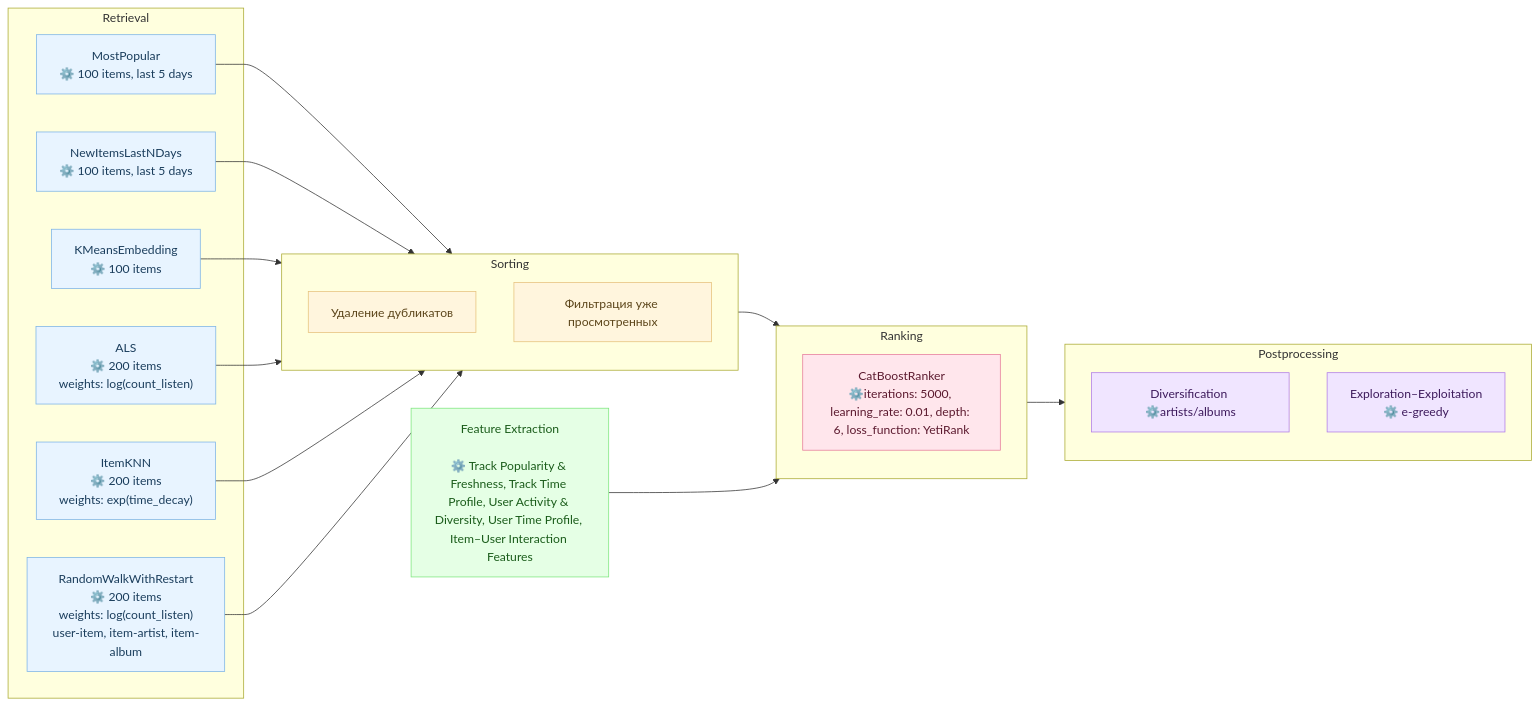
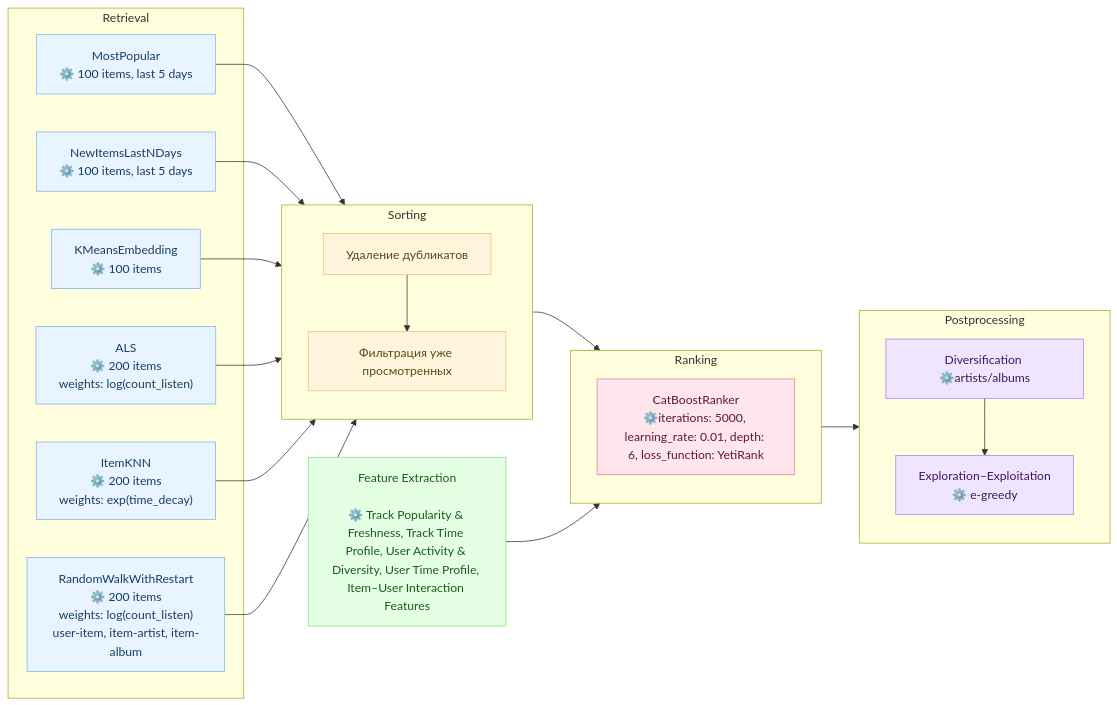
The second of 2 diagrams in README.md (Nastasy822/music-recommendation-experiments), drawn with Mermaid before and after one commit.

Commit message:
docs(readme): update diagram

````diff
--- a/README.md
+++ b/README.md
@@ -180,59 +180,61 @@
 ```mermaid
 flowchart LR
     %% === Retrieval Models ===
     subgraph RETRIEVAL ["Retrieval"]
         PopAll["MostPopular<br/>⚙️ 100 items, last 5 days"]
         PopUser["NewItemsLastNDays<br/>⚙️ 100 items, last 5 days"]
         SIM["KMeansEmbedding<br/>⚙️ 100 items"]
         ITEMKNN["ItemKNN<br/>⚙️ 200 items<br/>weights: exp(time_decay)"]
         GRAPH["RandomWalkWithRestart<br/>⚙️ 200 items<br/>weights: log(count_listen)<br/>user-item, item-artist, item-album"]
         ALS["ALS<br/>⚙️ 200 items<br/>weights: log(count_listen)"]
     end
 
     %% === Sorting Stage ===
     subgraph SORTING ["Sorting"]
         direction TB
         DUBLICATE["Удаление дубликатов"]
         FILTER["Фильтрация уже просмотренных"]
+        DUBLICATE --> FILTER
     end
 
     %% === Ranking Stage ===
     subgraph RANKING ["Ranking"]
         RANK["CatBoostRanker<br/>⚙️iterations: 5000, learning_rate: 0.01, depth: 6, loss_function: YetiRank"]
     end
 
     %% === Postprocessing Stage ===
     subgraph POSTPROCESS ["Postprocessing"]
         direction TB
         ARTIST_FILTER["Diversification ⚙️artists/albums"]
         EXPLORATION["Exploration–Exploitation<br/> ⚙️ e-greedy"]
+        ARTIST_FILTER --> EXPLORATION
     end
 
     %% === Feature Extraction ===
     FEATS["Feature Extraction<br><br>⚙️ Track Popularity & Freshness, Track Time Profile, User Activity & Diversity, User Time Profile, Item–User Interaction Features"]
 
     %% === Data Flows ===
     PopAll --> SORTING
     PopUser --> SORTING
     SIM --> SORTING
     ALS --> SORTING
     ITEMKNN --> SORTING
     GRAPH --> SORTING
     SORTING --> RANKING
     FEATS --> RANKING
     RANKING --> POSTPROCESS
 
     %% === Styles ===
     classDef retrieval fill:#e8f4ff,stroke:#7db4e6,color:#1a3d5c;
     classDef sorting fill:#fff5dd,stroke:#e6c27d,color:#5c451a;
     classDef ranking fill:#ffe6ec,stroke:#e67d9c,color:#5c1a2f;
     classDef postprocess fill:#f0e5ff,stroke:#b07de6,color:#3d1a5c;
     classDef features fill:#e5ffe5,stroke:#7de67d,color:#1a5c1a;
 
     class PopAll,PopUser,SIM,ALS,ITEMKNN,GRAPH retrieval;
     class FILTER,DUBLICATE sorting;
     class RANK ranking;
     class ARTIST_FILTER,EXPLORATION postprocess;
     class FEATS features;
 
 ```
````
